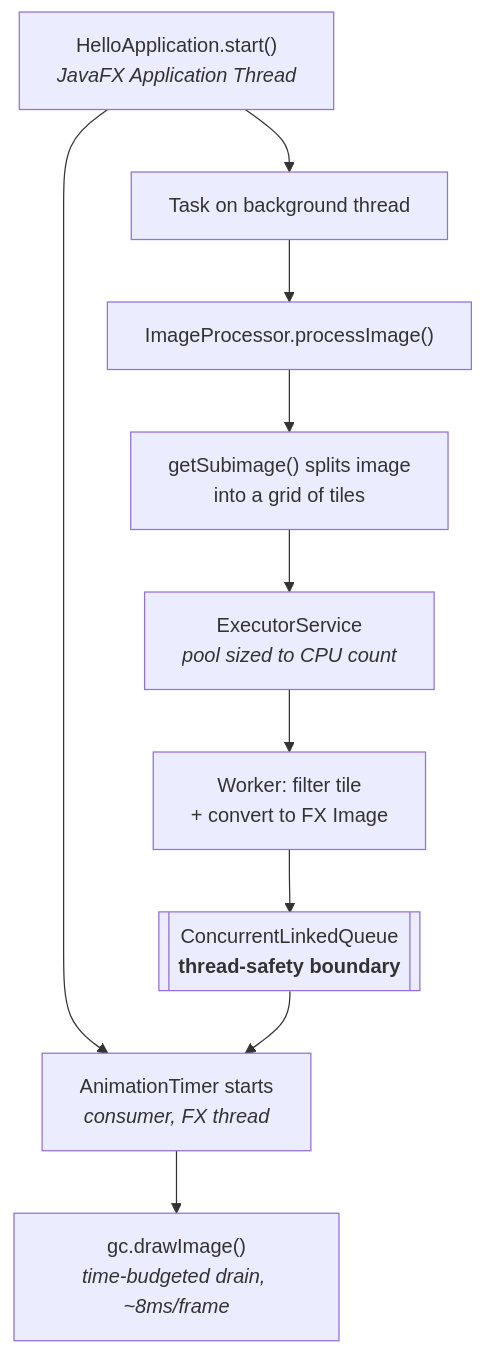
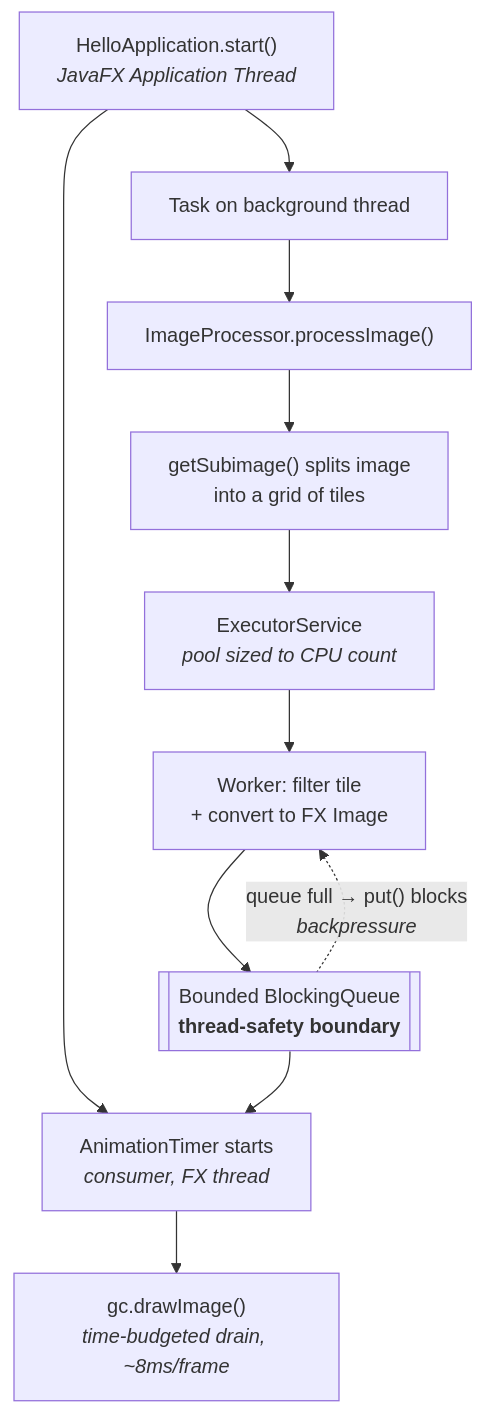
Before and after one commit to parimalvwadhai/Java_Async_Image_Processing: the diagram in README.md, drawn with Mermaid. The commit also changed other lines of this file and 14 other files, not shown here.

First line of the commit message:
Add bounded queue and concurrency tests

````diff
--- a/README.md
+++ b/README.md
@@ -23,12 +23,13 @@
 ```mermaid
 flowchart TD
     A["HelloApplication.start()<br/><i>JavaFX Application Thread</i>"] --> B["Task on background thread"]
     A --> C["AnimationTimer starts<br/><i>consumer, FX thread</i>"]
     B --> D["ImageProcessor.processImage()"]
     D --> E["getSubimage() splits image<br/>into a grid of tiles"]
     E --> F["ExecutorService<br/><i>pool sized to CPU count</i>"]
     F --> G["Worker: filter tile<br/>+ convert to FX Image"]
-    G --> H[["ConcurrentLinkedQueue<br/><b>thread-safety boundary</b>"]]
+    G --> H[["Bounded BlockingQueue<br/><b>thread-safety boundary</b>"]]
     H --> C
     C --> I["gc.drawImage()<br/><i>time-budgeted drain, ~8ms/frame</i>"]
+    H -. "queue full &rarr; put() blocks<br/><i>backpressure</i>" .-> G
 ```
````
